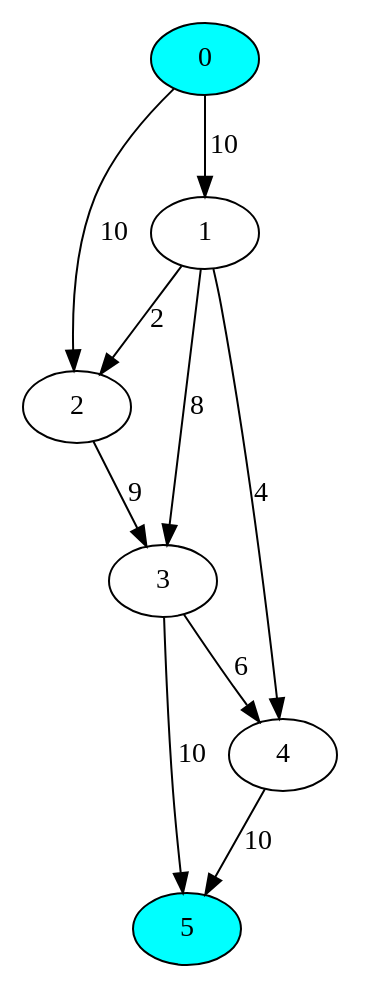
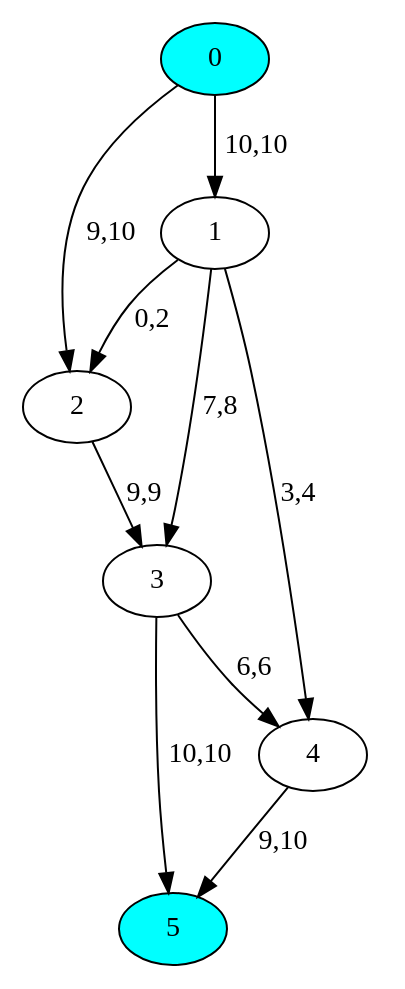
One commit to dinhphucaz52/Ford---Furkerson changed the diagram in test.dot. Above: the diagram before and after it, drawn with Graphviz. The commit also changed 5 other files, not shown here.

```diff
--- a/test.dot
+++ b/test.dot
@@ -1,21 +1,21 @@
 digraph G {
     0 [fillcolor = aqua;style = "filled";];
     5 [fillcolor = aqua;style = "filled";];
-    0 -> 1 [label = "10";];
-    0 -> 2 [label = "10";];
-    1 -> 2 [label = "2";];
-    2 -> 3 [label = "9";];
-    1 -> 3 [label = "8";];
-    1 -> 4 [label = "4";];
-    4 -> 5 [label = "10";];
-    3 -> 4 [label = "6";];
-    3 -> 5 [label = "10";];
-    0 -> 4 [style = invis;];
+    0 -> 1 [label="10,10"]
+    0 -> 2 [label="9,10"]
+    1 -> 2 [label="0,2"]
+    2 -> 3 [label="9,9"]
+    1 -> 3 [label="7,8"]
+    1 -> 4 [label="3,4"]
+    4 -> 5 [label="9,10"]
+    3 -> 4 [label="6,6"]
+    3 -> 5 [label="10,10"]
+    0 -> 4 [style=invis]
 }
 /**
  * 8 : 0 1 3 5
  * 2 : 0 1 4 5
  * 2 : 0 2 3 5
  * 6 : 0 2 3 4 5
  * 1 : 0 2 3 1 4 5
  */
```
